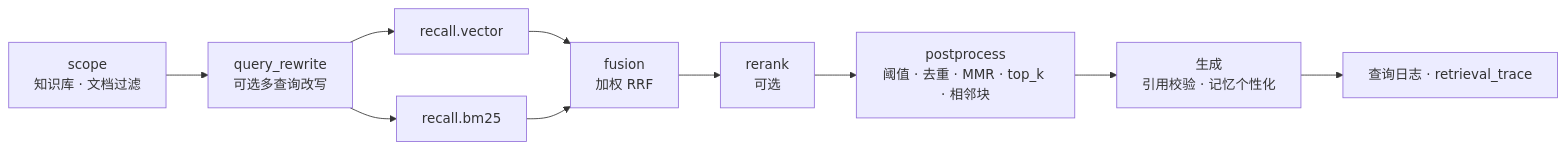
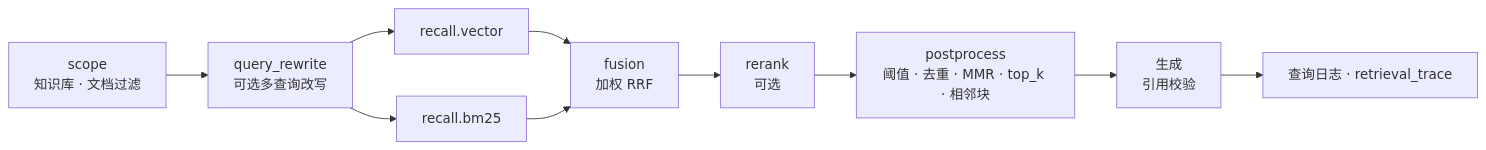
The second of 2 diagrams in README.md (M2tHane/TraceMind), drawn with Mermaid before and after one commit. The commit also changed other lines of this file and 32 other files, not shown here.

````diff
--- a/README.md
+++ b/README.md
@@ -56,11 +56,11 @@
 ```mermaid
 flowchart LR
   S[scope<br/>知识库 · 文档过滤] --> Q[query_rewrite<br/>可选多查询改写]
   Q --> V[recall.vector]
   Q --> B[recall.bm25]
   V & B --> F[fusion<br/>加权 RRF]
   F --> R[rerank<br/>可选]
   R --> P[postprocess<br/>阈值 · 去重 · MMR · top_k · 相邻块]
-  P --> G[生成<br/>引用校验 · 记忆个性化]
+  P --> G[生成<br/>引用校验]
   G --> L[查询日志 · retrieval_trace]
 ```
````
